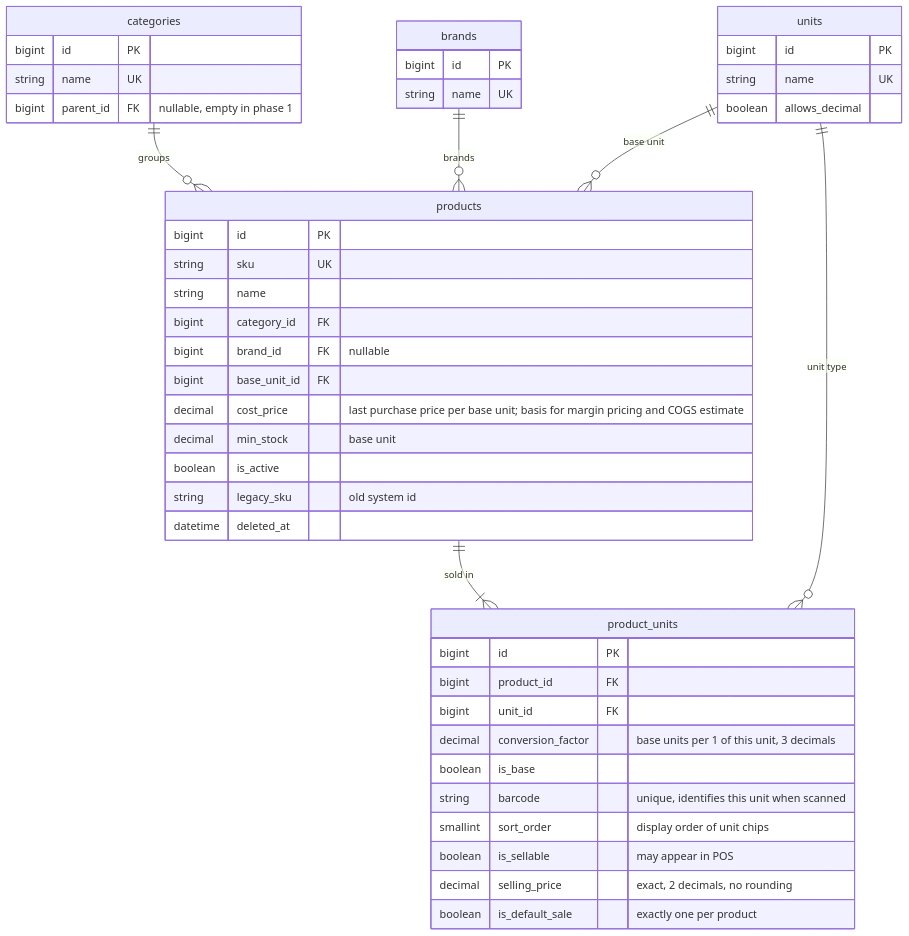
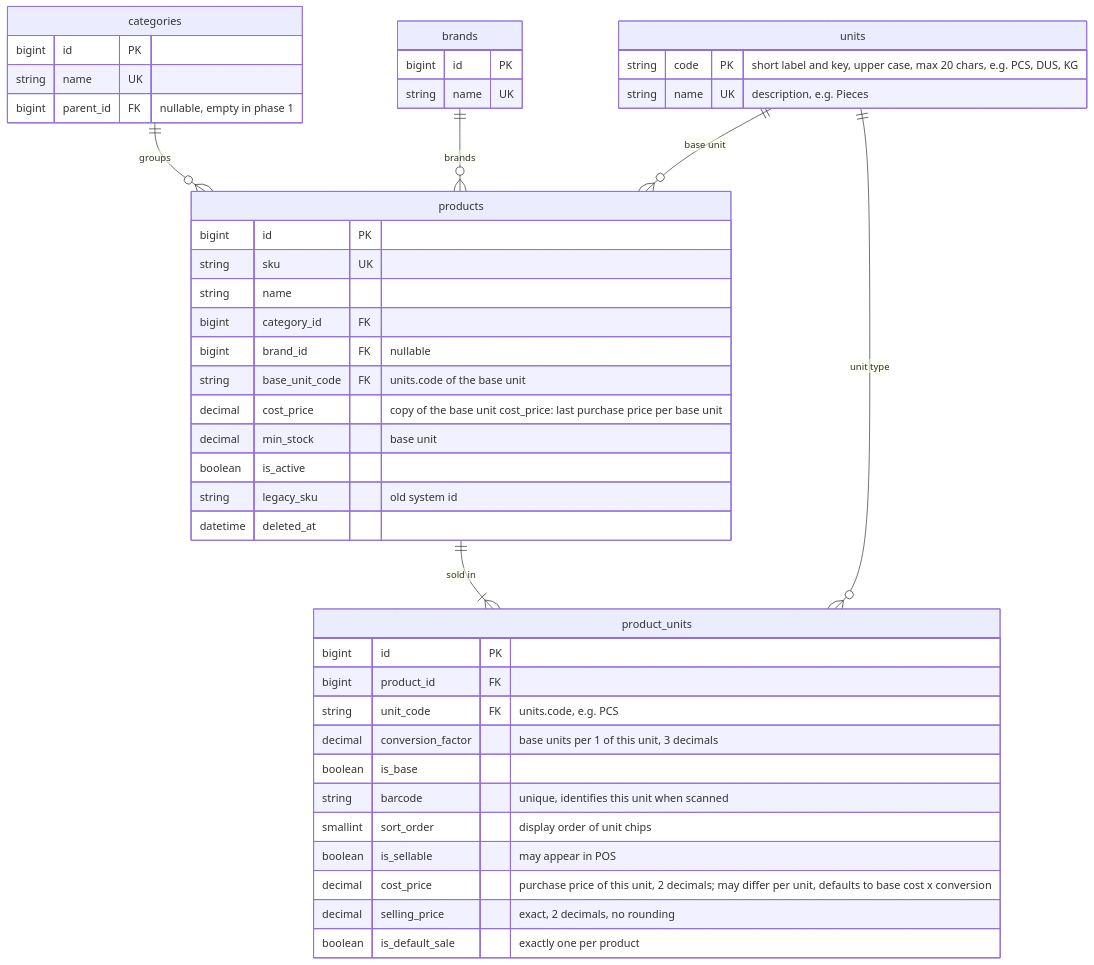
Before and after one commit to aliefpraditya/store-management: diagram 20 of 30 in docs/analisis-sistem.md, drawn with Mermaid. The commit also changed other lines of this file and 50 other files, not shown here.

````diff
--- a/docs/analisis-sistem.md
+++ b/docs/analisis-sistem.md
@@ -964,48 +964,48 @@
 ```mermaid
 erDiagram
     categories ||--o{ products : "groups"
     brands ||--o{ products : "brands"
     units ||--o{ products : "base unit"
     products ||--|{ product_units : "sold in"
     units ||--o{ product_units : "unit type"
 
     products {
         bigint id PK
         string sku UK
         string name
         bigint category_id FK
         bigint brand_id FK "nullable"
-        bigint base_unit_id FK
-        decimal cost_price "last purchase price per base unit; basis for margin pricing and COGS estimate"
+        string base_unit_code FK "units.code of the base unit"
+        decimal cost_price "copy of the base unit cost_price: last purchase price per base unit"
         decimal min_stock "base unit"
         boolean is_active
         string legacy_sku "old system id"
         datetime deleted_at
     }
     product_units {
         bigint id PK
         bigint product_id FK
-        bigint unit_id FK
+        string unit_code FK "units.code, e.g. PCS"
         decimal conversion_factor "base units per 1 of this unit, 3 decimals"
         boolean is_base
         string barcode "unique, identifies this unit when scanned"
         smallint sort_order "display order of unit chips"
         boolean is_sellable "may appear in POS"
+        decimal cost_price "purchase price of this unit, 2 decimals; may differ per unit, defaults to base cost x conversion"
         decimal selling_price "exact, 2 decimals, no rounding"
         boolean is_default_sale "exactly one per product"
     }
     categories {
         bigint id PK
         string name UK
         bigint parent_id FK "nullable, empty in phase 1"
     }
     brands {
         bigint id PK
         string name UK
     }
     units {
-        bigint id PK
-        string name UK
-        boolean allows_decimal
+        string code PK "short label and key, upper case, max 20 chars, e.g. PCS, DUS, KG"
+        string name UK "description, e.g. Pieces"
     }
 ```
````
